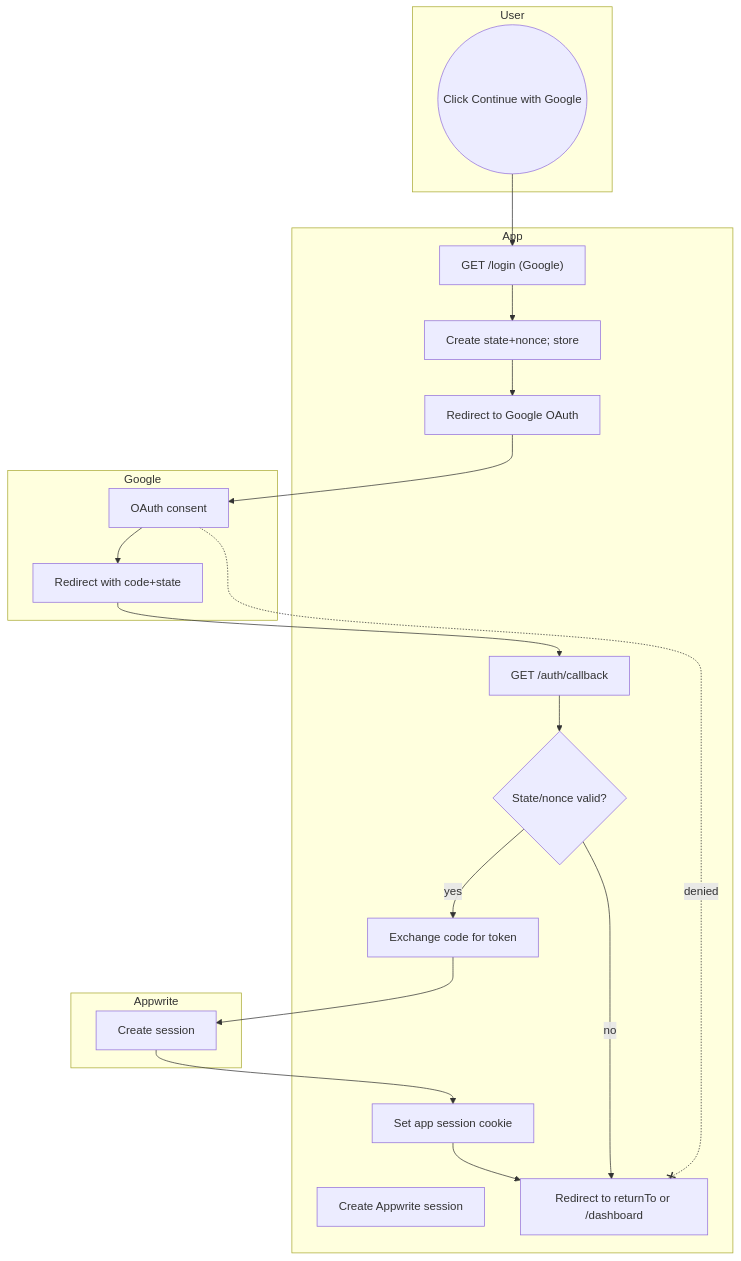
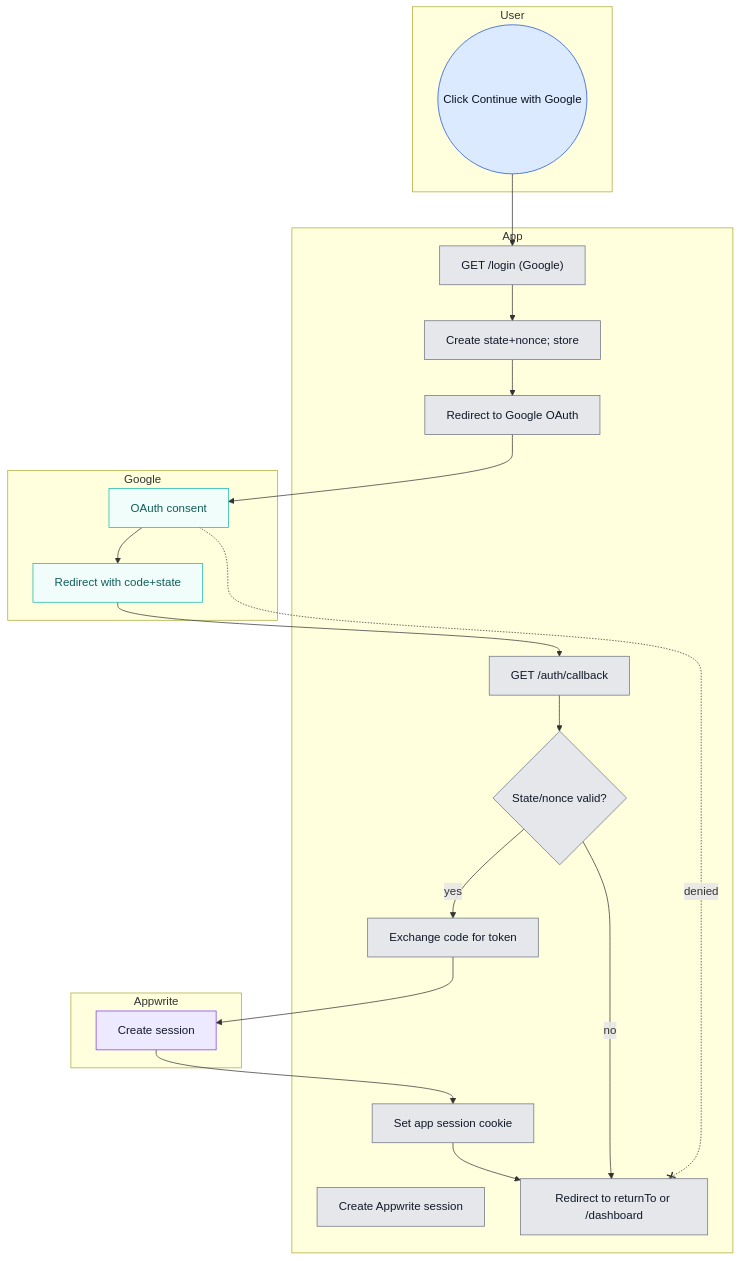
Before and after one commit to kpm34/college-football-fantasy-app: the diagram in docs/diagrams/user-journeys/auth-oauth-callback.md, drawn with Mermaid. The commit also changed 20 other files, not shown here.

````diff
--- a/docs/diagrams/user-journeys/auth-oauth-callback.md
+++ b/docs/diagrams/user-journeys/auth-oauth-callback.md
@@ -7,32 +7,42 @@
 ```mermaid
 flowchart TD
   %% Lanes (use simple subgraph titles to avoid bracket parsing issues)
   subgraph User
     U0((Click Continue with Google))
   end
   subgraph App
     A0["GET /login (Google)"]
     A1[Create state+nonce; store]
     A2[Redirect to Google OAuth]
     A3["GET /auth/callback"]
     A4{State/nonce valid?}
     A5[Exchange code for token]
     A6[Create Appwrite session]
     A7[Set app session cookie]
     A8[Redirect to returnTo or /dashboard]
   end
   subgraph Google
     G1[OAuth consent]
     G2[Redirect with code+state]
   end
   subgraph Appwrite
     W1[Create session]
   end
 
   U0 --> A0 --> A1 --> A2 --> G1 --> G2 --> A3 --> A4
   A4 -- yes --> A5 --> W1 --> A7 --> A8
   A4 -- no --> A8
 
   %% Errors
   G1 -. denied .-x A8
+
+  %% Lane colors (match UI legend)
+  classDef laneUser fill:#DBEAFE,stroke:#1D4ED8,color:#0B1020
+  classDef laneApp fill:#E5E7EB,stroke:#6B7280,color:#111827
+  classDef laneAppwrite fill:#EDE9FE,stroke:#7C3AED,color:#111827
+  classDef laneGoogle fill:#F0FDFA,stroke:#14B8A6,color:#115E59
+  class U0 laneUser
+  class A0,A1,A2,A3,A4,A5,A6,A7,A8 laneApp
+  class W1 laneAppwrite
+  class G1,G2 laneGoogle
 ```
````
